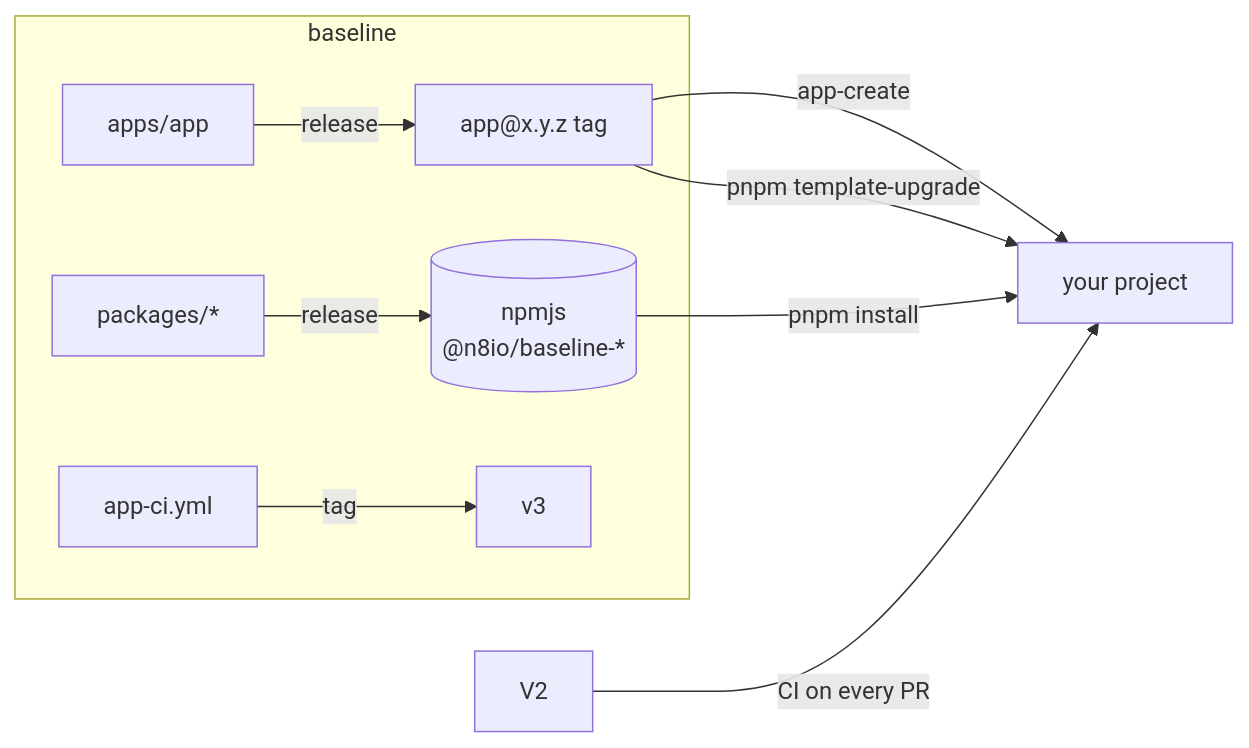
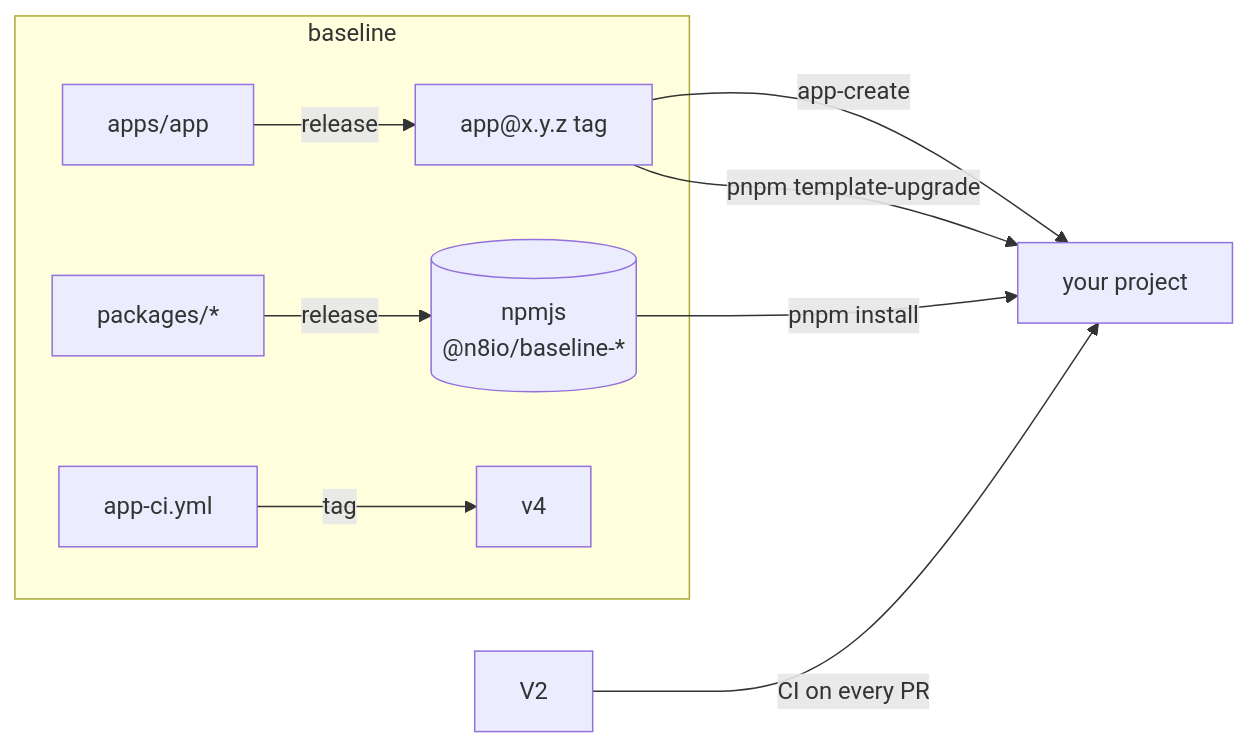
The diagram in README.md (n8io/baseline), drawn with Mermaid before and after one commit. The commit also changed other lines of this file and 7 other files, not shown here.

First line of the commit message:
🔧 Point the Template at app-ci.yml@v4 (#254)

````diff
--- a/README.md
+++ b/README.md
@@ -11,12 +11,12 @@
 ```mermaid
 flowchart LR
   subgraph baseline
     P["packages/*"] -->|release| GP[("npmjs<br/>@n8io/baseline-*")]
     T["apps/app"] -->|release| R["app@x.y.z tag"]
-    W["app-ci.yml"] -->|tag| V3["v3"]
+    W["app-ci.yml"] -->|tag| V4["v4"]
   end
   R -->|app-create| Y["your project"]
   R -->|pnpm template-upgrade| Y
   GP -->|pnpm install| Y
   V2 -->|CI on every PR| Y
 ```
````
